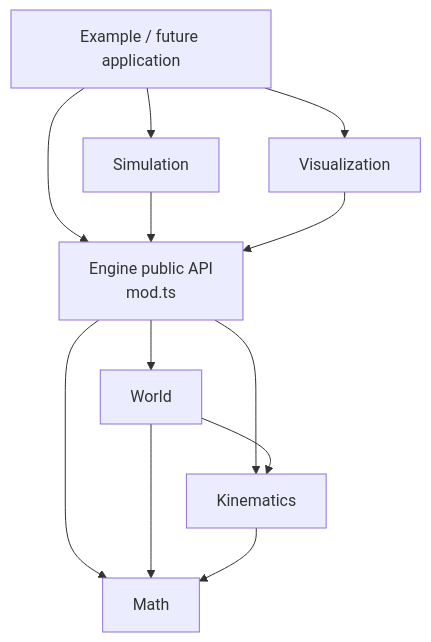
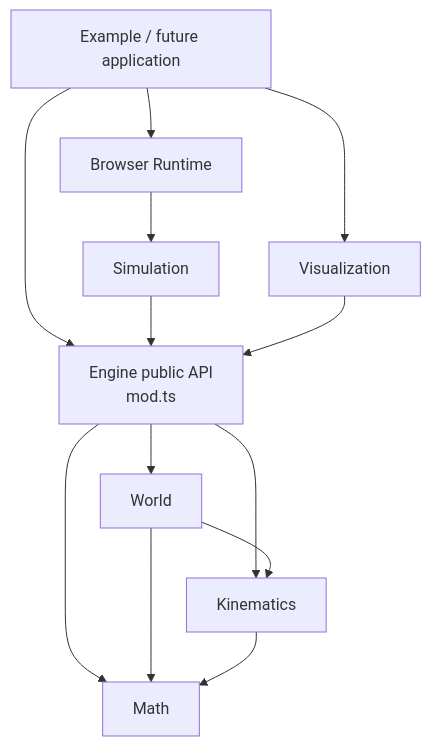
The second of 22 diagrams in docs/architecture/README.md (fa-ribeiro/vLab2D), drawn with Mermaid before and after one commit. The commit also changed other lines of this file and 10 other files, not shown here.

Commit message:
refactor(runtime): extract browser simulation loop

````diff
--- a/docs/architecture/README.md
+++ b/docs/architecture/README.md
@@ -107,26 +114,28 @@
 ```mermaid
 flowchart TD
     EXAMPLE["Example / future application"]
+    RUNTIME["Browser Runtime"]
     SIM["Simulation"]
     VIS["Visualization"]
     API["Engine public API<br/>mod.ts"]
     WORLD["World"]
     KIN["Kinematics"]
     MATH["Math"]
 
-    EXAMPLE --> SIM
+    EXAMPLE --> RUNTIME
     EXAMPLE --> VIS
     EXAMPLE --> API
 
+    RUNTIME --> SIM
     SIM --> API
     VIS --> API
 
     API --> WORLD
     API --> KIN
     API --> MATH
 
     WORLD --> KIN
     WORLD --> MATH
 
     KIN --> MATH
 ```
````
